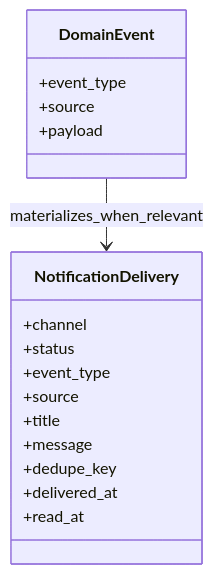
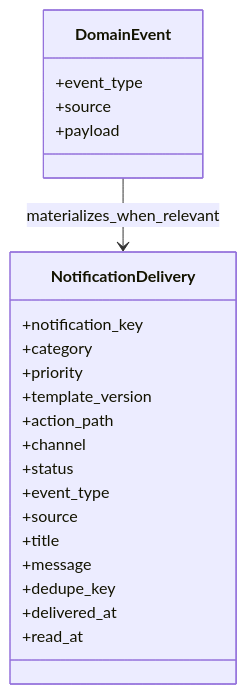
Before and after one commit to Jhon32-hue/Vexxo_Backend_API: the diagram in notifications/README.md, drawn with Mermaid. The commit also changed other lines of this file and 22 other files, not shown here.

````diff
--- a/notifications/README.md
+++ b/notifications/README.md
@@ -60,22 +60,27 @@
 ```mermaid
 classDiagram
     class NotificationDelivery {
+        +notification_key
+        +category
+        +priority
+        +template_version
+        +action_path
         +channel
         +status
         +event_type
         +source
         +title
         +message
         +dedupe_key
         +delivered_at
         +read_at
     }
 
     class DomainEvent {
         +event_type
         +source
         +payload
     }
 
     DomainEvent --> NotificationDelivery : materializes_when_relevant
 ```
````
